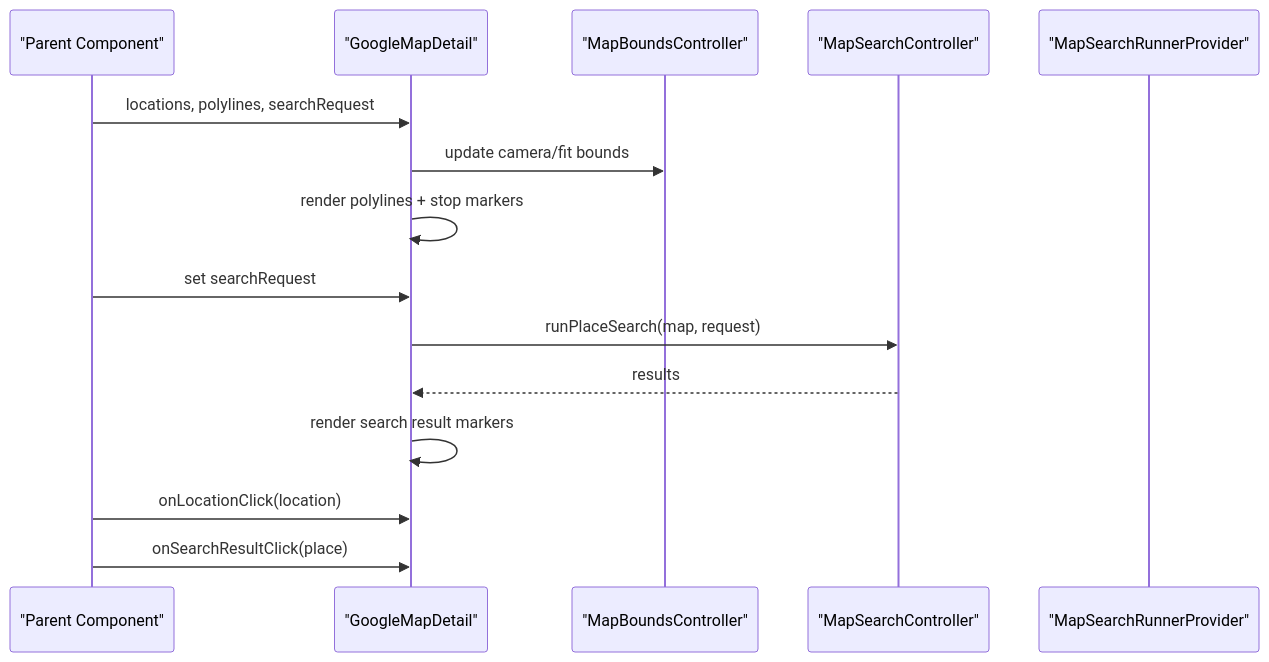
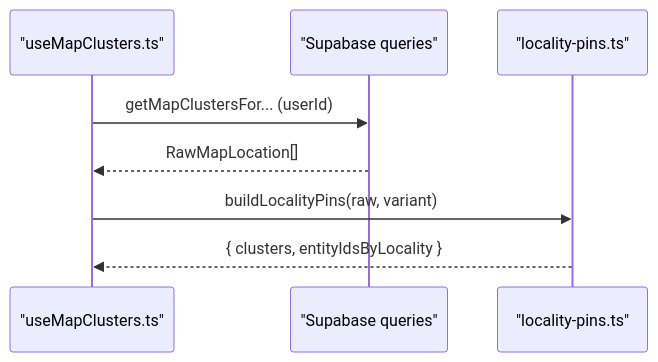
Before and after one commit to Meaetin/alibaba-hackathon: the fifth of 7 diagrams in .qoder/repowiki/en/content/Map Integration/Map Integration.md, drawn with Mermaid. The commit also changed other lines of this file and 241 other files, not shown here.

````diff
--- a/.qoder/repowiki/en/content/Map Integration/Map Integration.md
+++ b/.qoder/repowiki/en/content/Map Integration/Map Integration.md
@@ -169,17 +241,10 @@
 ```mermaid
 sequenceDiagram
-participant Parent as "Parent Component"
-participant Detail as "GoogleMapDetail"
-participant Bounds as "MapBoundsController"
-participant Search as "MapSearchController"
-participant Runner as "MapSearchRunnerProvider"
-Parent->>Detail : locations, polylines, searchRequest
-Detail->>Bounds : update camera/fit bounds
-Detail->>Detail : render polylines + stop markers
-Parent->>Detail : set searchRequest
-Detail->>Search : runPlaceSearch(map, request)
-Search-->>Detail : results
-Detail->>Detail : render search result markers
-Parent->>Detail : onLocationClick(location)
-Parent->>Detail : onSearchResultClick(place)
+participant Hook as "useMapClusters.ts"
+participant DB as "Supabase queries"
+participant LG as "locality-pins.ts"
+Hook->>DB : getMapClustersFor... (userId)
+DB-->>Hook : RawMapLocation[]
+Hook->>LG : buildLocalityPins(raw, variant)
+LG-->>Hook : { clusters, entityIdsByLocality }
 ```
````
